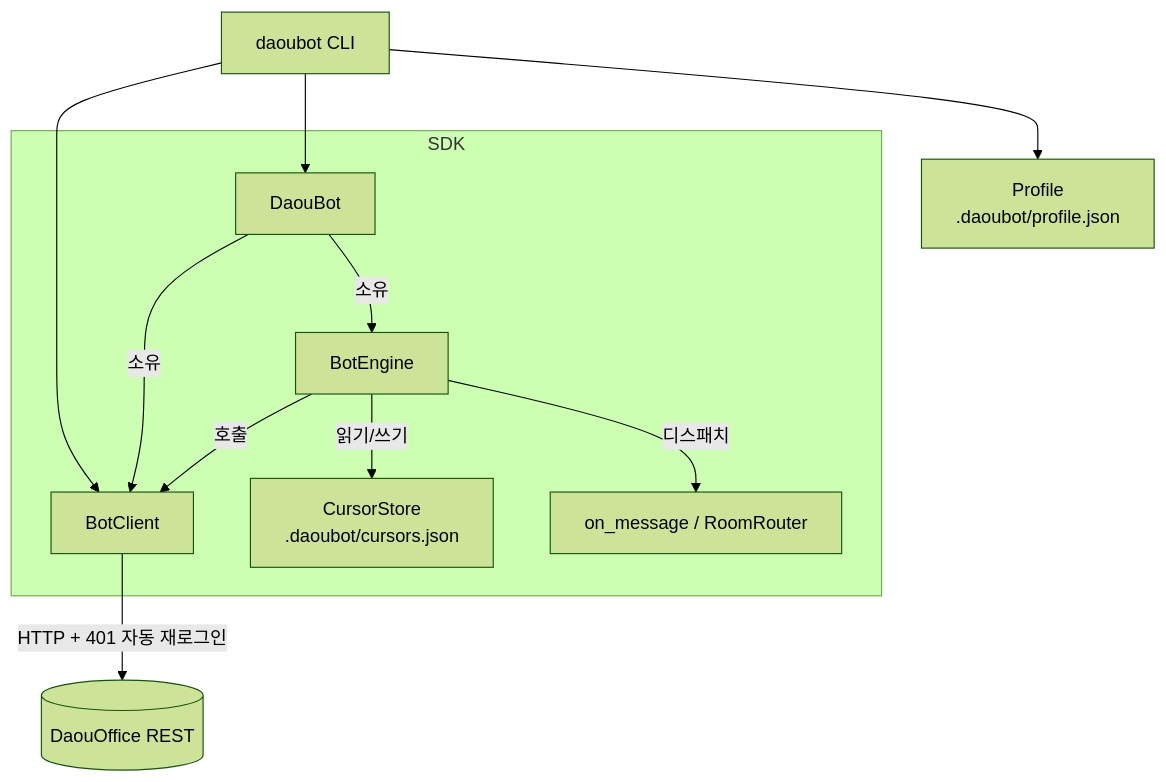
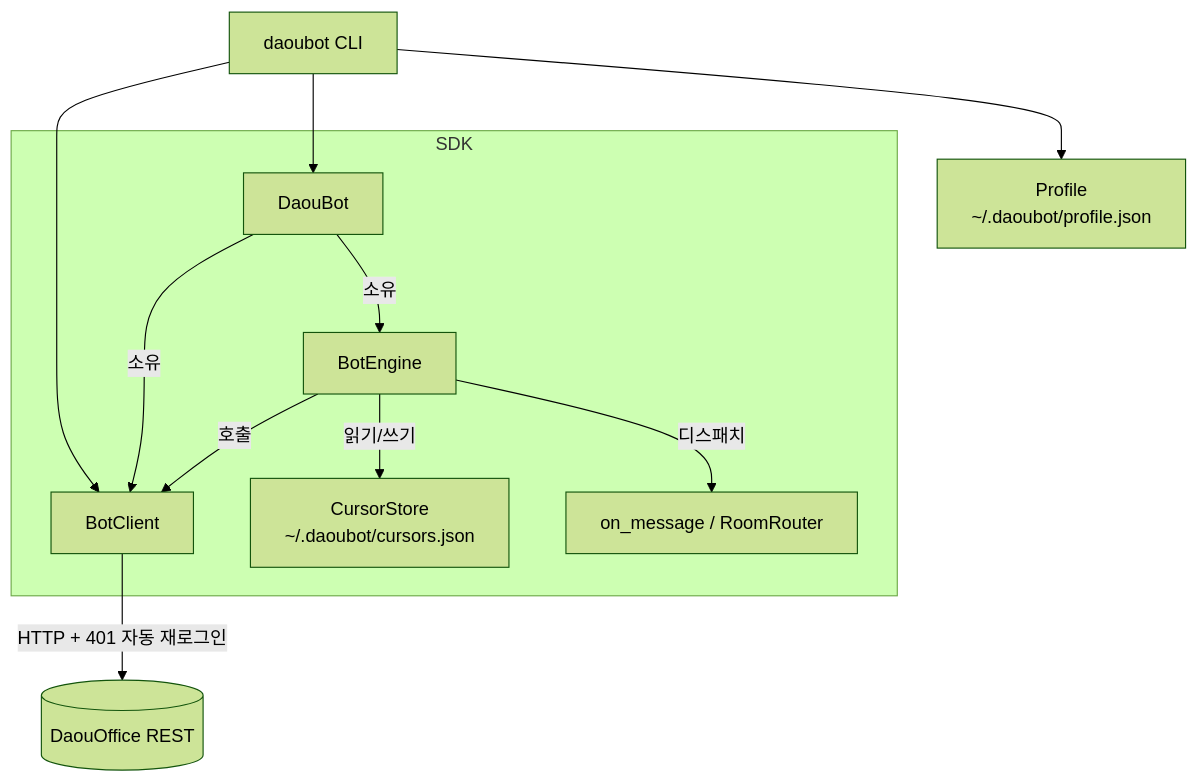
Before and after one commit to junsik/python-daouoffice-bot: the second of 4 diagrams in docs/ARCHITECTURE.md, drawn with Mermaid (forest theme). The commit also changed other lines of this file and 13 other files, not shown here.

First line of the commit message:
Anchor profile/cursors at ~/.daoubot (home), not the current directory

````diff
--- a/docs/ARCHITECTURE.md
+++ b/docs/ARCHITECTURE.md
@@ -43,16 +43,16 @@
 ```mermaid
 flowchart TD
     CLI[daoubot CLI] --> DaouBot
     CLI --> BotClient
-    CLI --> Profile["Profile<br/>.daoubot/profile.json"]
+    CLI --> Profile["Profile<br/>~/.daoubot/profile.json"]
 
     subgraph SDK
         DaouBot -->|소유| BotEngine
         DaouBot -->|소유| BotClient
         BotEngine -->|호출| BotClient
-        BotEngine -->|읽기/쓰기| CursorStore["CursorStore<br/>.daoubot/cursors.json"]
+        BotEngine -->|읽기/쓰기| CursorStore["CursorStore<br/>~/.daoubot/cursors.json"]
         BotEngine -->|디스패치| PF["on_message / RoomRouter"]
     end
 
     BotClient -->|HTTP + 401 자동 재로그인| API[(DaouOffice REST)]
 ```
````
